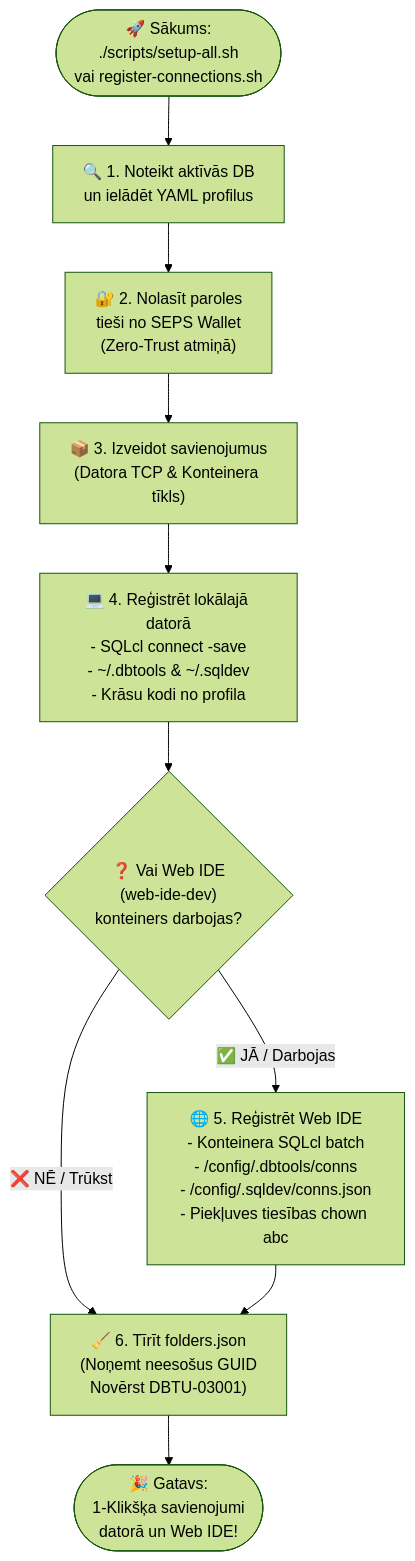
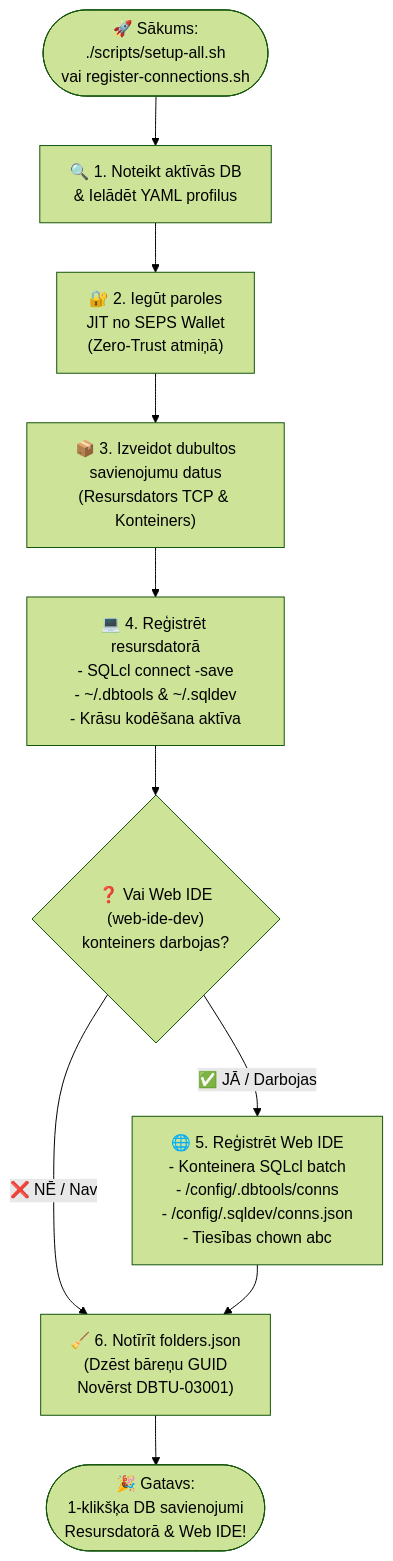
Before and after one commit to alahe/oracle-devops-platform: the diagram in connections/README.lv.md, drawn with Mermaid (forest theme). The commit also changed other lines of this file and 285 other files, not shown here.

Commit message:
chore(release): prepare repository for public GitHub release (Zero-Trust sanitization, Rule 9 6-language parity across 52 directories, Rule 11 & 12 sync)

````diff
--- a/connections/README.lv.md
+++ b/connections/README.lv.md
@@ -15,20 +15,20 @@
 ```mermaid
 flowchart TD
-  START(["🚀 Sākums:<br/>./scripts/setup-all.sh<br/>vai register-connections.sh"]) --> DISCOVER["🔍 1. Noteikt aktīvās DB<br/>un ielādēt YAML profilus"]
+  START(["🚀 Sākums:<br/>./scripts/setup-all.sh<br/>vai register-connections.sh"]) --> DISCOVER["🔍 1. Noteikt aktīvās DB<br/>& Ielādēt YAML profilus"]
   
-  DISCOVER --> WALLET["🔐 2. Nolasīt paroles<br/>tieši no SEPS Wallet<br/>(Zero-Trust atmiņā)"]
+  DISCOVER --> WALLET["🔐 2. Iegūt paroles<br/>JIT no SEPS Wallet<br/>(Zero-Trust atmiņā)"]
   
-  WALLET --> BUILD_CONNS["📦 3. Izveidot savienojumus<br/>(Datora TCP & Konteinera tīkls)"]
+  WALLET --> BUILD_CONNS["📦 3. Izveidot dubultos<br/>savienojumu datus<br/>(Resursdators TCP & Konteiners)"]
   
-  BUILD_CONNS --> HOST_REG["💻 4. Reģistrēt lokālajā datorā<br/>- SQLcl connect -save<br/>- ~/.dbtools & ~/.sqldev<br/>- Krāsu kodi no profila"]
+  BUILD_CONNS --> HOST_REG["💻 4. Reģistrēt resursdatorā<br/>- SQLcl connect -save<br/>- ~/.dbtools & ~/.sqldev<br/>- Krāsu kodēšana aktīva"]
   
   HOST_REG --> CHECK_WEBIDE{"❓ Vai Web IDE<br/>(web-ide-dev)<br/>konteiners darbojas?"}
   
-  CHECK_WEBIDE -->|"✅ JĀ / Darbojas"| WEBIDE_REG["🌐 5. Reģistrēt Web IDE<br/>- Konteinera SQLcl batch<br/>- /config/.dbtools/conns<br/>- /config/.sqldev/conns.json<br/>- Piekļuves tiesības chown abc"]
+  CHECK_WEBIDE -->|"✅ JĀ / Darbojas"| WEBIDE_REG["🌐 5. Reģistrēt Web IDE<br/>- Konteinera SQLcl batch<br/>- /config/.dbtools/conns<br/>- /config/.sqldev/conns.json<br/>- Tiesības chown abc"]
   
-  CHECK_WEBIDE -->|"❌ NĒ / Trūkst"| SANITIZE["🧹 6. Tīrīt folders.json<br/>(Noņemt neesošus GUID<br/>Novērst DBTU-03001)"]
+  CHECK_WEBIDE -->|"❌ NĒ / Nav"| SANITIZE["🧹 6. Notīrīt folders.json<br/>(Dzēst bāreņu GUID<br/>Novērst DBTU-03001)"]
   
   WEBIDE_REG --> SANITIZE
   
-  SANITIZE --> READY(["🎉 Gatavs:<br/>1-Klikšķa savienojumi<br/>datorā un Web IDE!"])
+  SANITIZE --> READY(["🎉 Gatavs:<br/>1-klikšķa DB savienojumi<br/>Resursdatorā & Web IDE!"])
 ```
````
